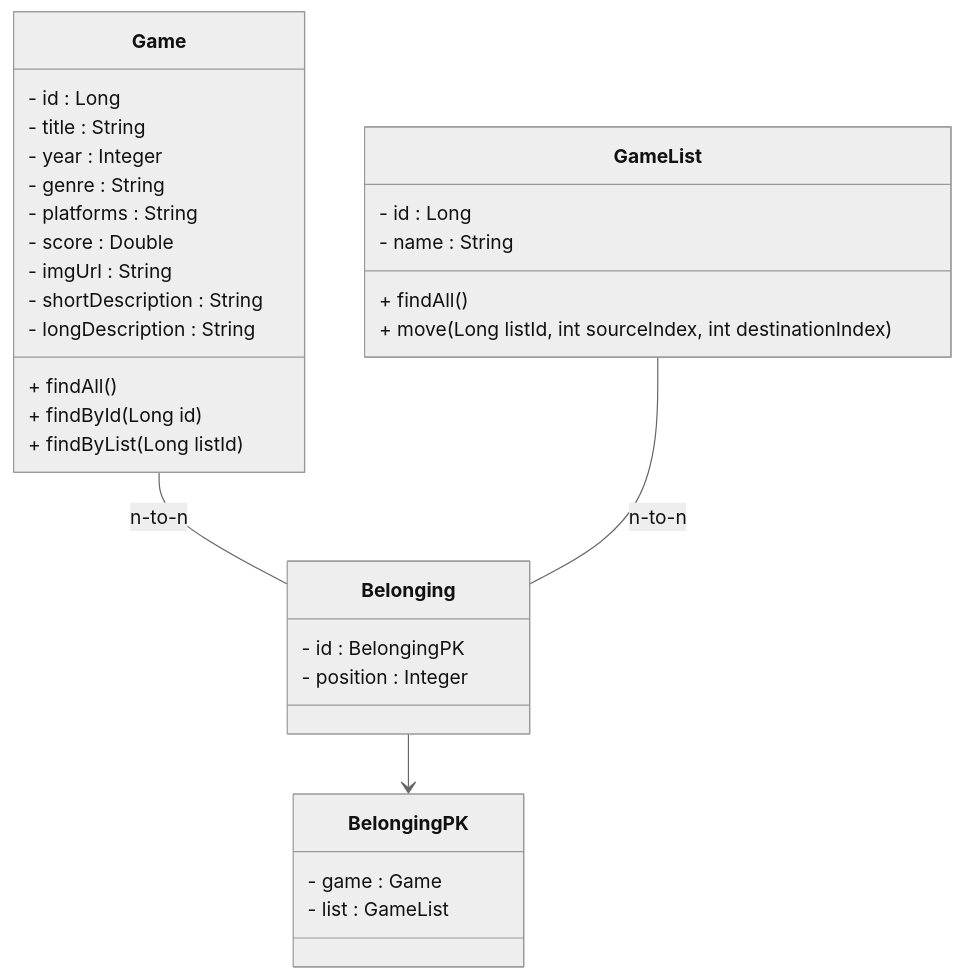
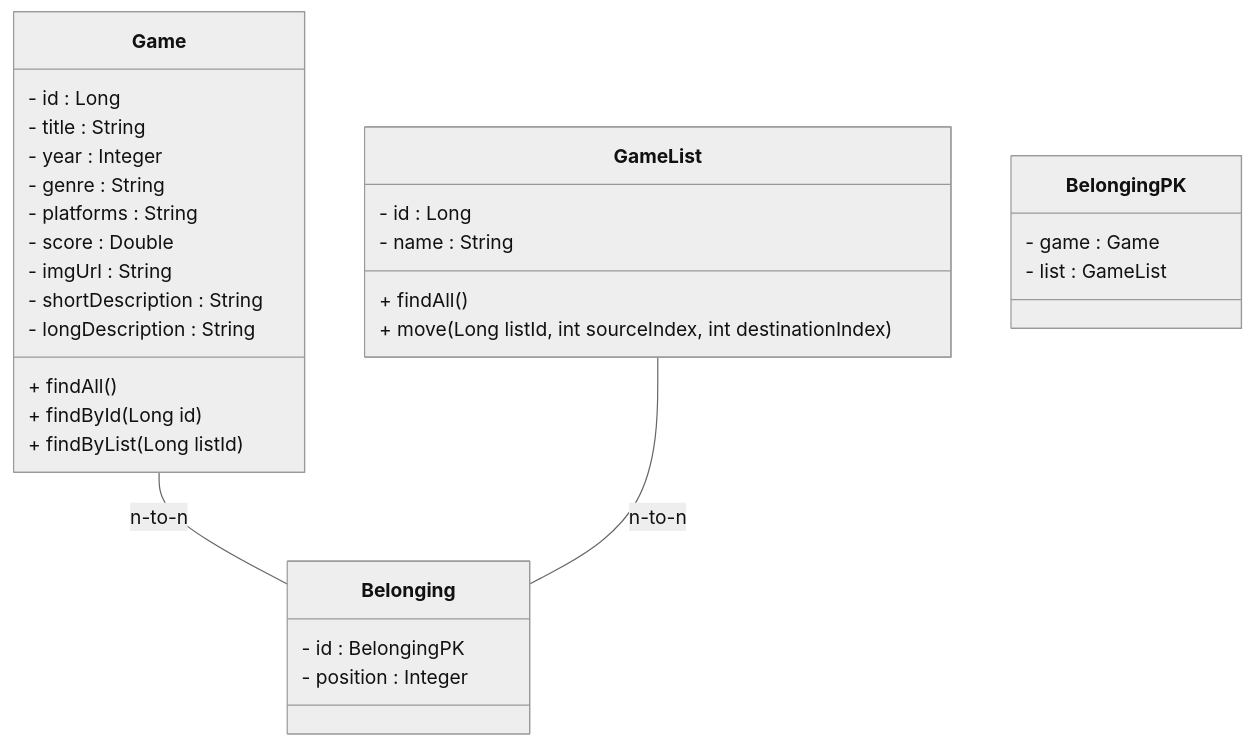
One commit to gisellesouzaa/GameCollection changed the diagram in README.md. Above: the diagram before and after it, drawn with Mermaid (neutral theme). The commit also changed other lines of this file, not shown here.

````diff
--- a/README.md
+++ b/README.md
@@ -42,37 +46,36 @@
 ```mermaid
 classDiagram
 class Game {
   - id : Long
   - title : String
   - year : Integer
   - genre : String
   - platforms : String
   - score : Double
   - imgUrl : String
   - shortDescription : String
   - longDescription : String
   + findAll()
   + findById(Long id)
   + findByList(Long listId)
 }
 
 class GameList {
   - id : Long
   - name : String
   + findAll()
   + move(Long listId, int sourceIndex, int destinationIndex)
 }
 
 class Belonging {
   - id : BelongingPK
   - position : Integer
 }
 
 class BelongingPK {
   - game : Game
   - list : GameList
 }
 Game -- Belonging : n-to-n
 GameList -- Belonging : n-to-n
-Belonging --> BelongingPK
 ```
````
